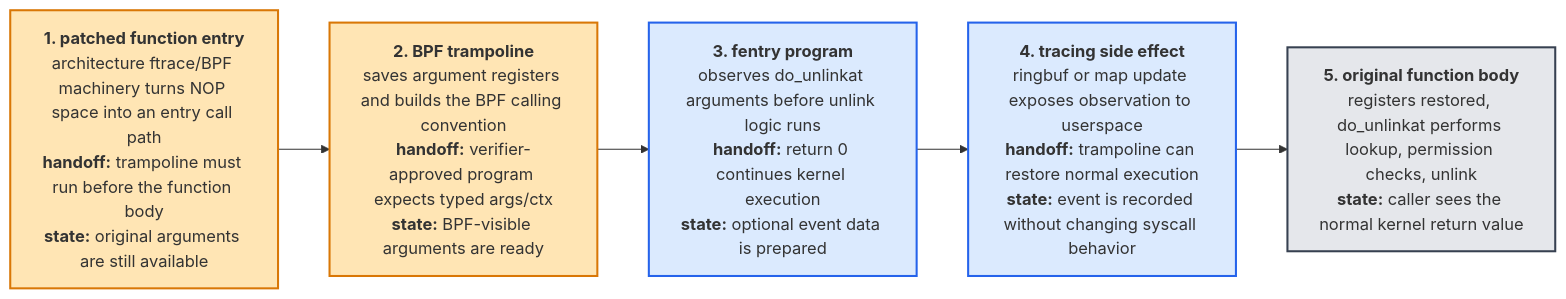
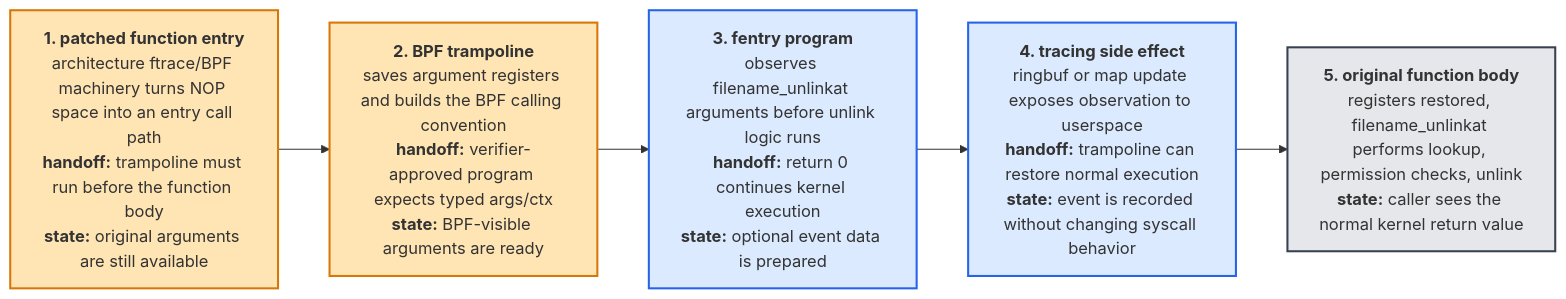
The diagram in ebpf/src/diagrams/src/day01_trampoline_flow.mmd (biefy/books), drawn with Mermaid before and after one commit. The commit also changed 29 other files, not shown here.

```diff
--- a/ebpf/src/diagrams/src/day01_trampoline_flow.mmd
+++ b/ebpf/src/diagrams/src/day01_trampoline_flow.mmd
@@ -1,19 +1,19 @@
 flowchart LR
     Patch["<b>1. patched function entry</b><br/>architecture ftrace/BPF machinery turns NOP space into an entry call path<br/><b>handoff:</b> trampoline must run before the function body<br/><b>state:</b> original arguments are still available"]
 
     Tramp["<b>2. BPF trampoline</b><br/>saves argument registers and builds the BPF calling convention<br/><b>handoff:</b> verifier-approved program expects typed args/ctx<br/><b>state:</b> BPF-visible arguments are ready"]
 
-    Prog["<b>3. fentry program</b><br/>observes do_unlinkat arguments before unlink logic runs<br/><b>handoff:</b> return 0 continues kernel execution<br/><b>state:</b> optional event data is prepared"]
+    Prog["<b>3. fentry program</b><br/>observes filename_unlinkat arguments before unlink logic runs<br/><b>handoff:</b> return 0 continues kernel execution<br/><b>state:</b> optional event data is prepared"]
 
     Event["<b>4. tracing side effect</b><br/>ringbuf or map update exposes observation to userspace<br/><b>handoff:</b> trampoline can restore normal execution<br/><b>state:</b> event is recorded without changing syscall behavior"]
 
-    Body["<b>5. original function body</b><br/>registers restored, do_unlinkat performs lookup, permission checks, unlink<br/><b>state:</b> caller sees the normal kernel return value"]
+    Body["<b>5. original function body</b><br/>registers restored, filename_unlinkat performs lookup, permission checks, unlink<br/><b>state:</b> caller sees the normal kernel return value"]
 
     Patch --> Tramp --> Prog --> Event --> Body
 
     classDef hot fill:#ffe5b4,stroke:#d97706,stroke-width:2px
     classDef bpf fill:#dbeafe,stroke:#2563eb,stroke-width:2px
     classDef kern fill:#e5e7eb,stroke:#374151,stroke-width:2px
     class Patch,Tramp hot
     class Prog,Event bpf
     class Body kern
```
